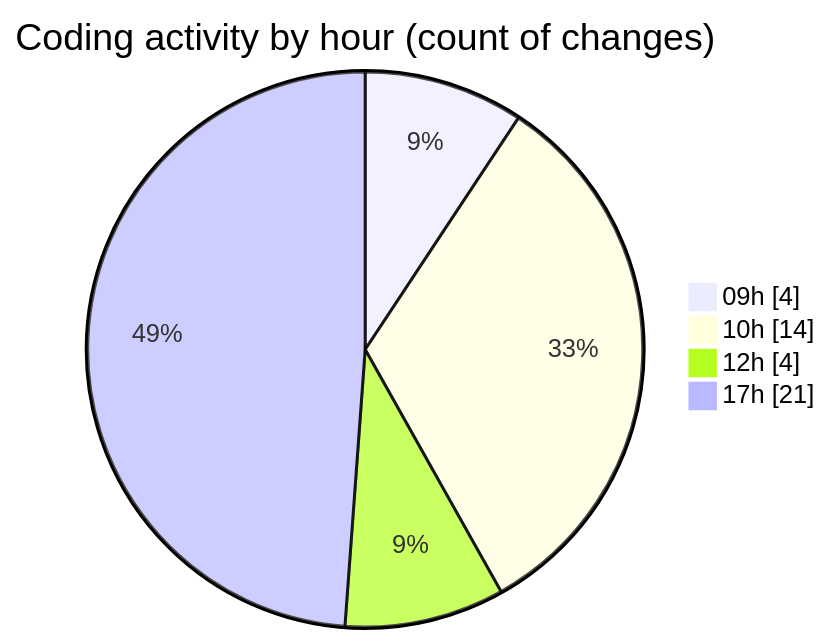
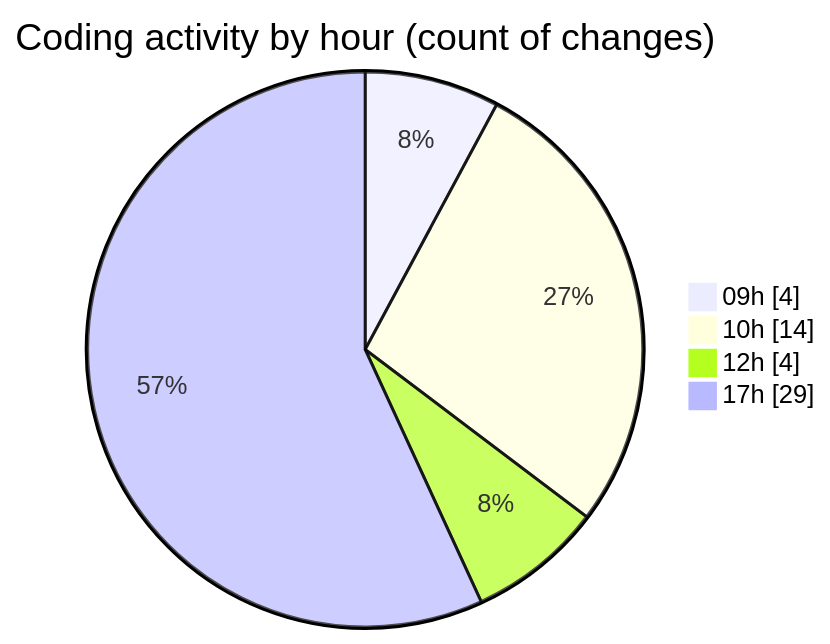
The second of 2 diagrams in 2025-05-06/niten/README.md (Elitesun/code-tracking), drawn with Mermaid before and after one commit. The commit also changed other lines of this file and 1 other file, not shown here.

````diff
--- a/2025-05-06/niten/README.md
+++ b/2025-05-06/niten/README.md
@@ -46,8 +51,8 @@
 ```mermaid
 pie showData
 title Coding activity by hour (count of changes)
 "09h" : 4
 "10h" : 14
 "12h" : 4
-"17h" : 21
+"17h" : 29
 ```
````
